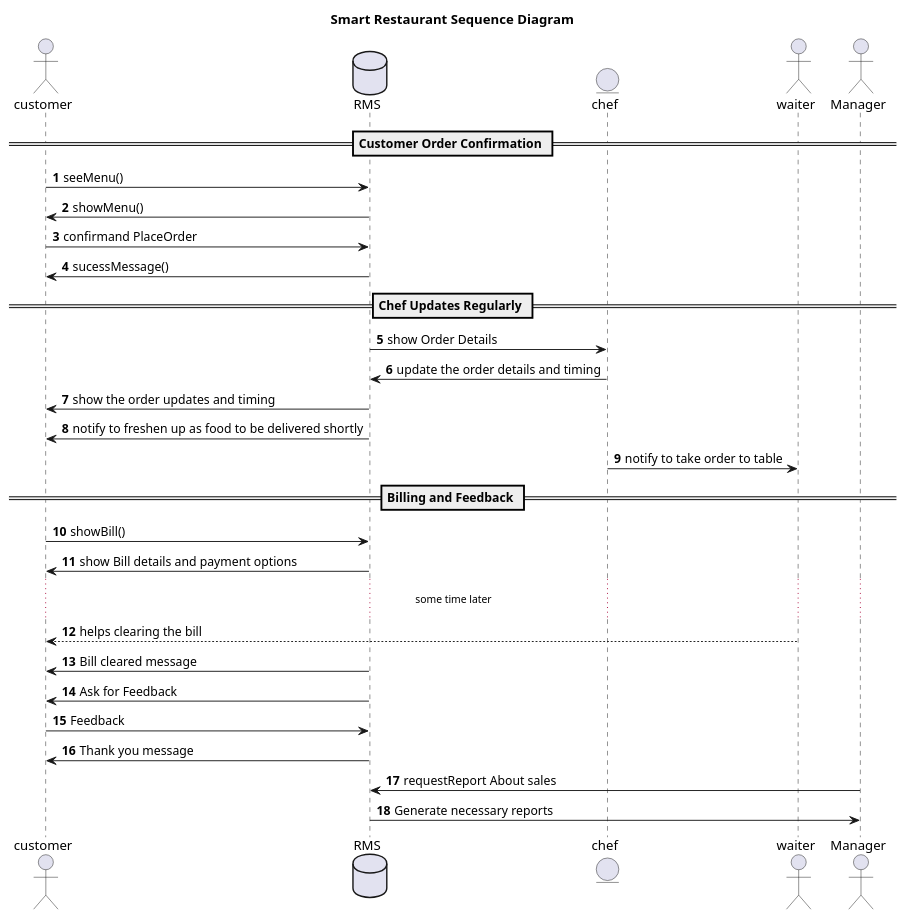
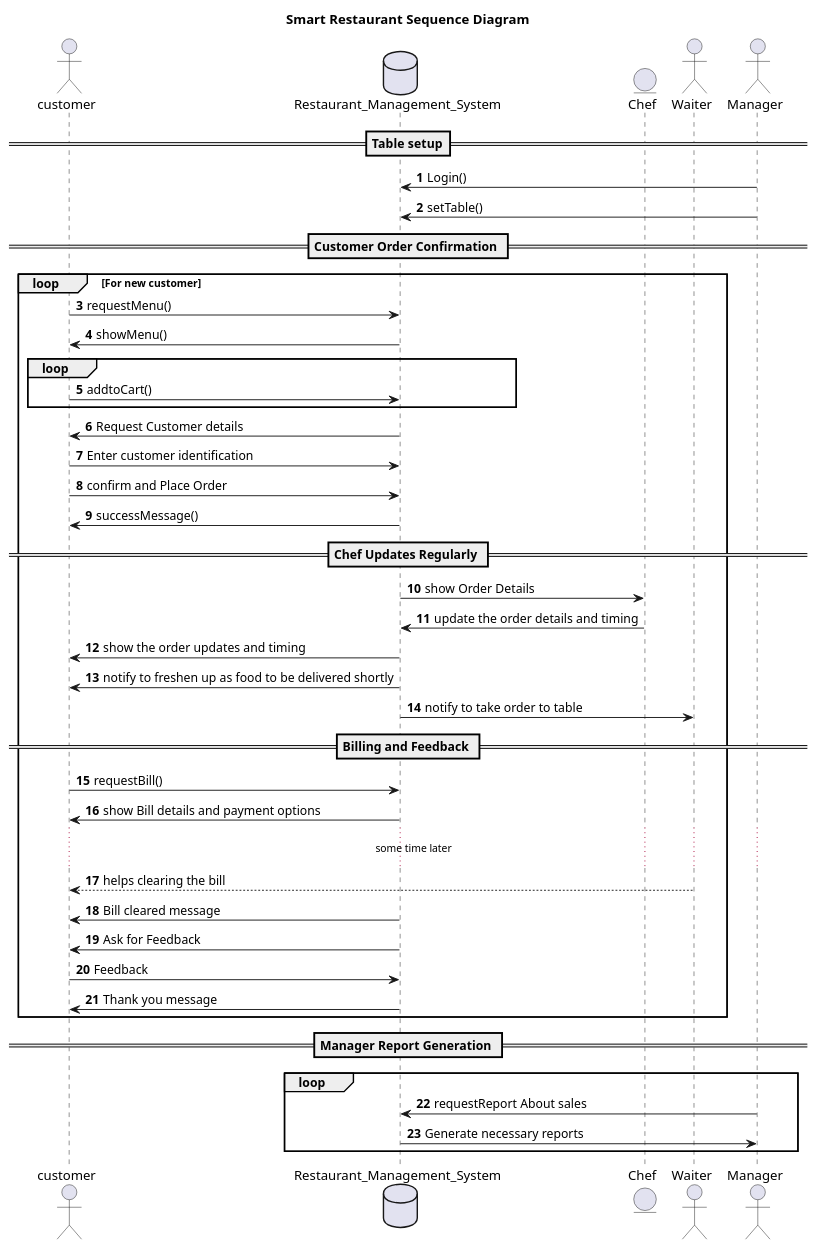
One commit to BITS-Smart/Smart-Restaurant changed the diagram in UML Diagrams/sequence.puml. Above: the diagram before and after it, drawn with PlantUML. The commit also changed 2 other files, not shown here.

Commit message:
UML refinement after meeting on 15 December 2020

```diff
--- a/UML Diagrams/sequence.puml
+++ b/UML Diagrams/sequence.puml
@@ -1,38 +1,52 @@
 @startuml
 
 title **Smart Restaurant Sequence Diagram**
 	actor customer
-	database RMS
-	entity chef
-	actor waiter
+	database Restaurant_Management_System as RMS
+	entity Chef
+	actor Waiter
 	actor Manager
 
 	autonumber
+    == Table setup==
+	Manager -> RMS : Login()
+	Manager -> RMS : setTable()
 
 	== Customer Order Confirmation == 
-	customer -> RMS : seeMenu()
-	RMS -> customer : showMenu()
-	customer -> RMS : confirmand PlaceOrder
-	RMS -> customer : sucessMessage()
+	loop  For new customer
+		customer -> RMS : requestMenu()
+		RMS -> customer : showMenu()
+		loop
+			customer -> RMS  : addtoCart()
+		end
+		' put above line in loop box
+		RMS -> customer : Request Customer details
+		customer -> RMS : Enter customer identification
+		customer -> RMS : confirm and Place Order
+		RMS -> customer : successMessage()
 
-	== Chef Updates Regularly ==
-	RMS -> chef : show Order Details
-	chef -> RMS : update the order details and timing
-	RMS -> customer : show the order updates and timing
-	RMS -> customer : notify to freshen up as food to be delivered shortly
-	chef -> waiter : notify to take order to table
+		== Chef Updates Regularly ==
+		RMS -> Chef : show Order Details
+		Chef -> RMS : update the order details and timing
+		RMS -> customer : show the order updates and timing
+		RMS -> customer : notify to freshen up as food to be delivered shortly
+		RMS -> Waiter : notify to take order to table
 
-	== Billing and Feedback ==
-	customer -> RMS : showBill()	
-	RMS -> customer : show Bill details and payment options
-	...some time later...
+		== Billing and Feedback ==
+		customer -> RMS : requestBill()	
+		RMS -> customer : show Bill details and payment options
+		...some time later...
 
-    waiter --> customer : helps clearing the bill
-	RMS -> customer : Bill cleared message
-	RMS -> customer : Ask for Feedback
-	customer -> RMS : Feedback
-	RMS -> customer : Thank you message
+		Waiter --> customer : helps clearing the bill
+		RMS -> customer : Bill cleared message
+		RMS -> customer : Ask for Feedback
+		customer -> RMS : Feedback
+		RMS -> customer : Thank you message
+	end
+	== Manager Report Generation ==
+	loop
+		Manager -> RMS : requestReport About sales
+		RMS -> Manager : Generate necessary reports
+	end
 
-	Manager -> RMS : requestReport About sales
-	RMS -> Manager : Generate necessary reports
 @enduml
```
